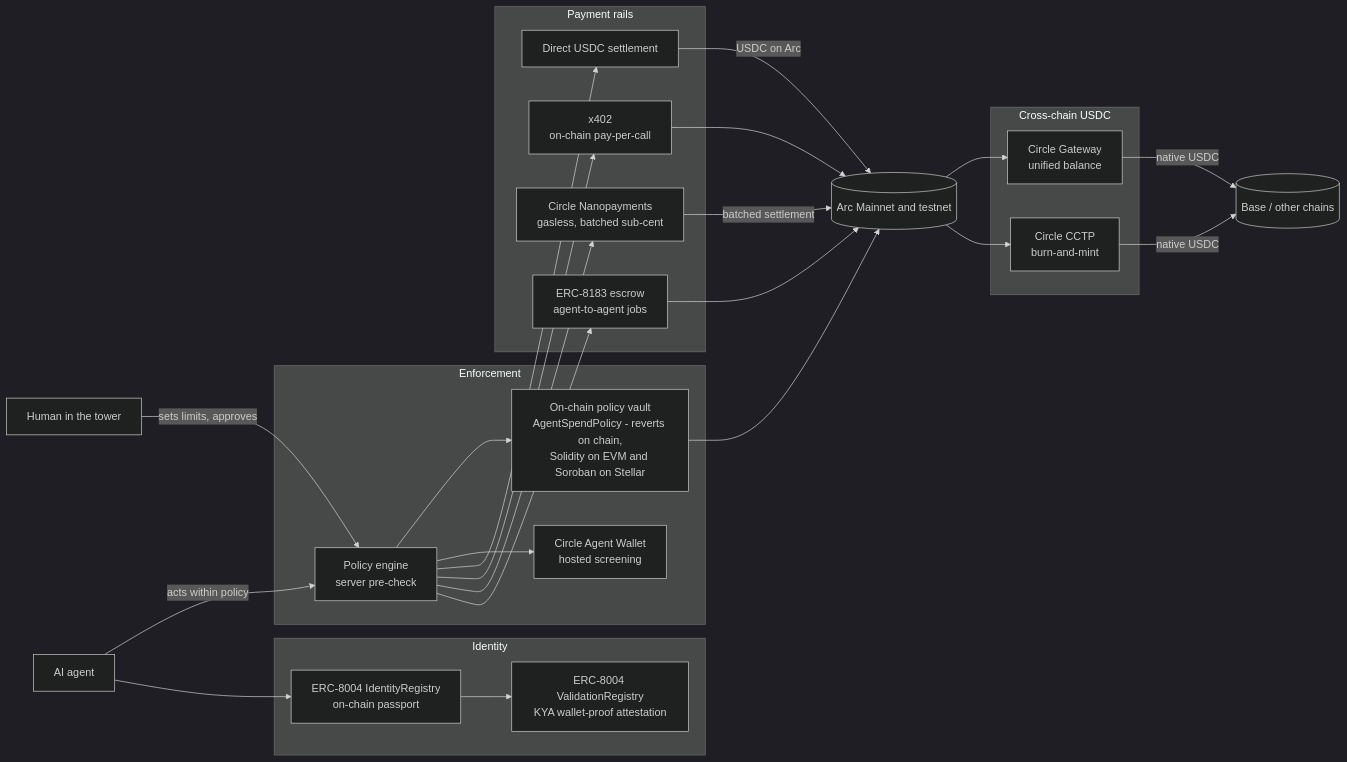
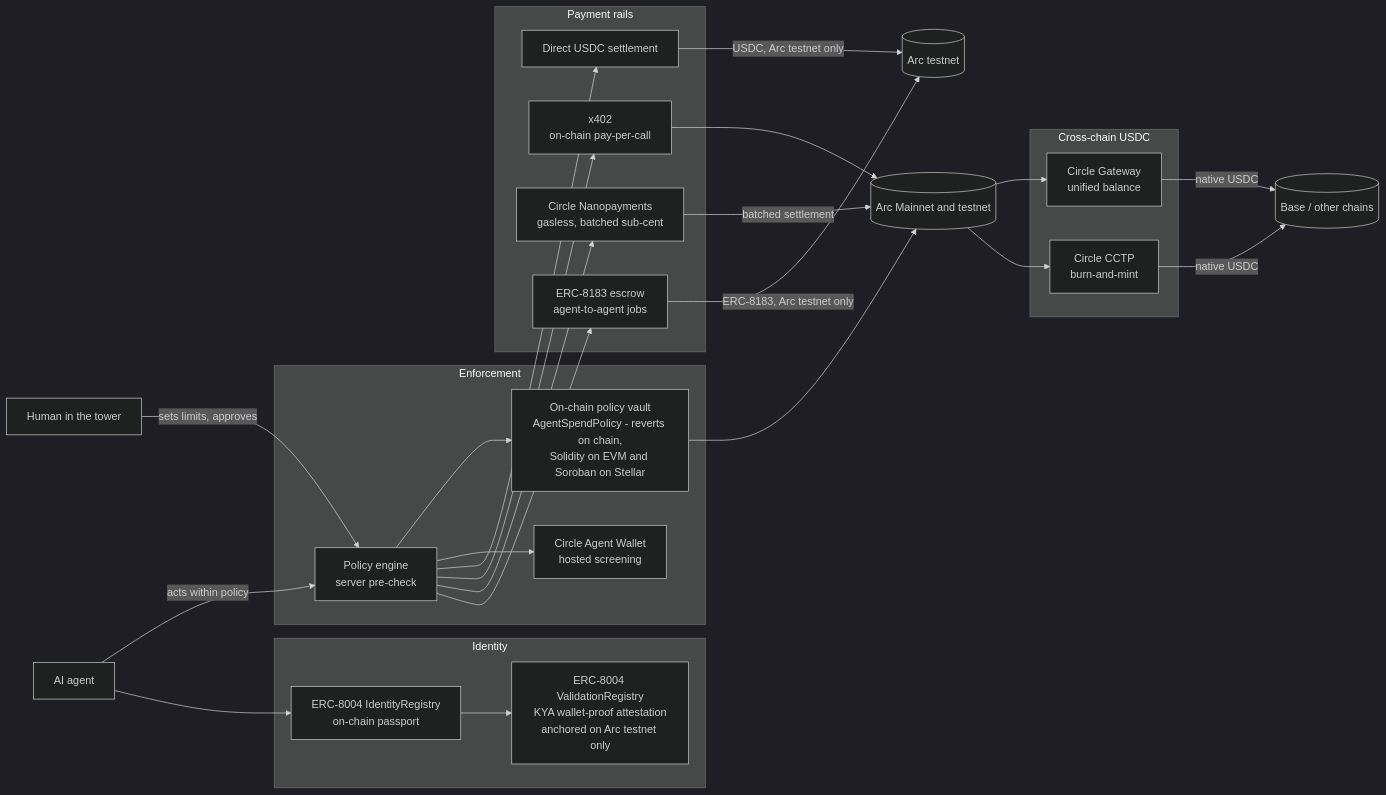
Before and after one commit to getA-Identity/A-Identity: the first of 5 diagrams in ARCHITECTURE.md, drawn with Mermaid (dark theme). The commit also changed other lines of this file, not shown here.

First line of the commit message:
docs(architecture): state the Arc Mainnet and testnet status as it is [skip render]

````diff
--- a/ARCHITECTURE.md
+++ b/ARCHITECTURE.md
@@ -37,34 +38,34 @@
 ```mermaid
 flowchart LR
   H[Human in the tower] -->|sets limits, approves| P
   A[AI agent] -->|acts within policy| P
   subgraph Identity
     ID[ERC-8004 IdentityRegistry<br/>on-chain passport]
-    KYA[ERC-8004 ValidationRegistry<br/>KYA wallet-proof attestation]
+    KYA[ERC-8004 ValidationRegistry<br/>KYA wallet-proof attestation<br/>anchored on Arc testnet only]
   end
   subgraph Enforcement
     P[Policy engine<br/>server pre-check]
     V[On-chain policy vault<br/>AgentSpendPolicy - reverts on chain,<br/>Solidity on EVM and Soroban on Stellar]
     C[Circle Agent Wallet<br/>hosted screening]
   end
   subgraph Payment rails
     X[x402<br/>on-chain pay-per-call]
     N[Circle Nanopayments<br/>gasless, batched sub-cent]
     E[ERC-8183 escrow<br/>agent-to-agent jobs]
     S[Direct USDC settlement]
   end
   subgraph Cross-chain USDC
     G[Circle Gateway<br/>unified balance]
     CC[Circle CCTP<br/>burn-and-mint]
   end
   A --> ID --> KYA
   P --> V
   P --> C
   P --> S & X & N & E
-  S -->|USDC on Arc| OUT[(Arc Mainnet and testnet)]
-  V --> OUT
-  E --> OUT
+  S -->|USDC, Arc testnet only| TN[(Arc testnet)]
+  V --> OUT[(Arc Mainnet and testnet)]
+  E -->|ERC-8183, Arc testnet only| TN
   X --> OUT
   N -->|batched settlement| OUT
   OUT --> G & CC -->|native USDC| OTHER[(Base / other chains)]
 ```
````
